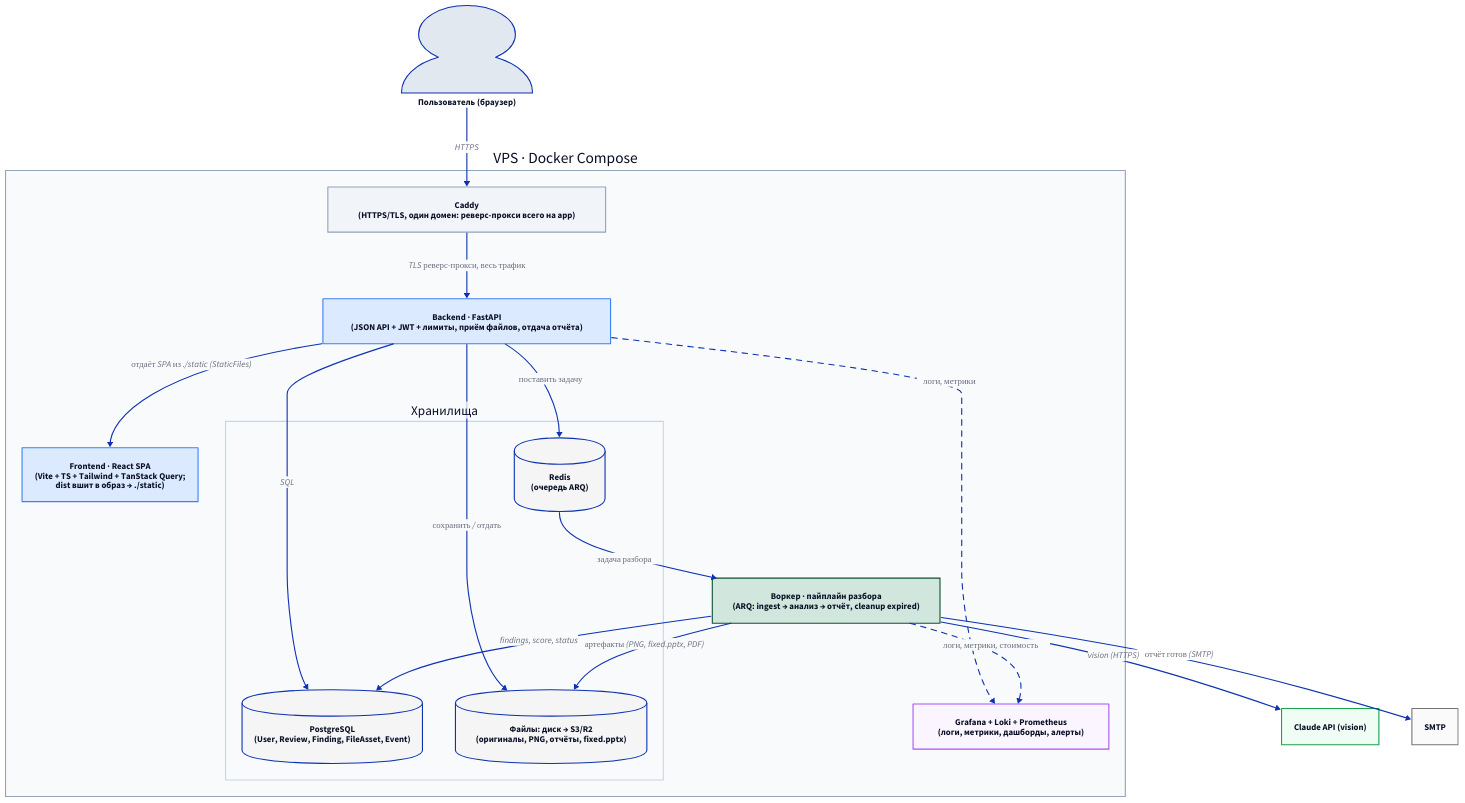
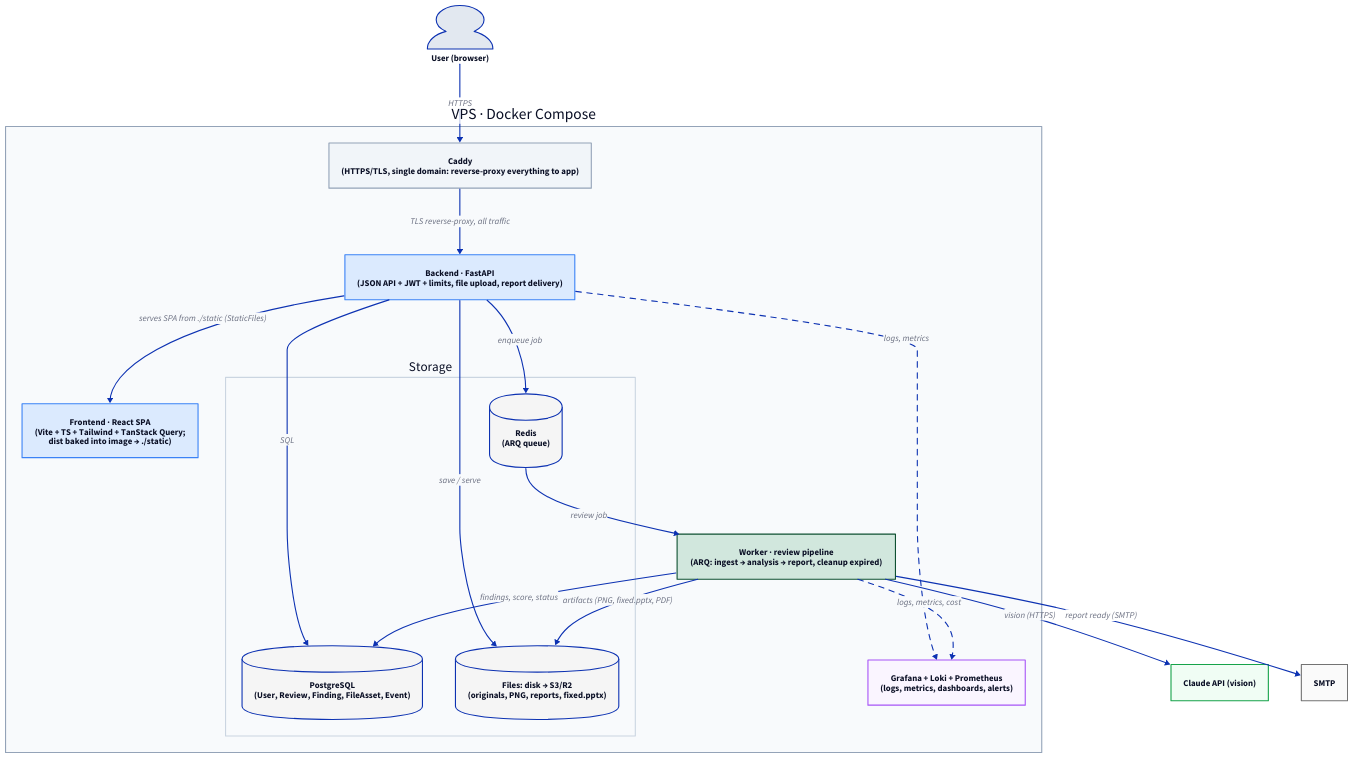
The diagram in docs/diagrams/c2_container.d2 (SlideLens/Achitecture), drawn with D2 before and after one commit. The commit also changed 24 other files, not shown here.

```diff
--- a/docs/diagrams/c2_container.d2
+++ b/docs/diagrams/c2_container.d2
@@ -1,83 +1,83 @@
 direction: down
 
 # =============================================================================
-# C2 — КОНТЕЙНЕРЫ SlideLens (VPS · Docker Compose · один домен Caddy)
+# C2 — CONTAINERS SlideLens (VPS · Docker Compose · single Caddy domain)
 # =============================================================================
 
-user: "Пользователь (браузер)" {
+user: "User (browser)" {
   shape: person
   style.fill: "#e2e8f0"
 }
 
 vps: "VPS · Docker Compose" {
   style.fill: "#f8fafc"
   style.stroke: "#94a3b8"
 
-  caddy: "Caddy\n(HTTPS/TLS, один домен: реверс-прокси всего на app)" {
+  caddy: "Caddy\n(HTTPS/TLS, single domain: reverse-proxy everything to app)" {
     style.fill: "#f1f5f9"
     style.stroke: "#94a3b8"
   }
-  spa: "Frontend · React SPA\n(Vite + TS + Tailwind + TanStack Query;\ndist вшит в образ → ./static)" {
+  spa: "Frontend · React SPA\n(Vite + TS + Tailwind + TanStack Query;\ndist baked into image → ./static)" {
     style.fill: "#dbeafe"
     style.stroke: "#3b82f6"
   }
-  api: "Backend · FastAPI\n(JSON API + JWT + лимиты, приём файлов, отдача отчёта)" {
+  api: "Backend · FastAPI\n(JSON API + JWT + limits, file upload, report delivery)" {
     style.fill: "#dbeafe"
     style.stroke: "#3b82f6"
   }
-  worker: "Воркер · пайплайн разбора\n(ARQ: ingest → анализ → отчёт, cleanup expired)" {
+  worker: "Worker · review pipeline\n(ARQ: ingest → analysis → report, cleanup expired)" {
     style.fill: "#d1e7dd"
     style.stroke: "#0f5132"
   }
 
-  data: "Хранилища" {
+  data: "Storage" {
     style.fill: "#f8fafc"
     style.stroke: "#cbd5e1"
 
     db: "PostgreSQL\n(User, Review, Finding, FileAsset, Event)" {
       shape: cylinder
       style.fill: "#f5f5f5"
     }
-    redis: "Redis\n(очередь ARQ)" {
+    redis: "Redis\n(ARQ queue)" {
       shape: cylinder
       style.fill: "#f5f5f5"
     }
-    files: "Файлы: диск → S3/R2\n(оригиналы, PNG, отчёты, fixed.pptx)" {
+    files: "Files: disk → S3/R2\n(originals, PNG, reports, fixed.pptx)" {
       shape: cylinder
       style.fill: "#f5f5f5"
     }
   }
 
-  glp: "Grafana + Loki + Prometheus\n(логи, метрики, дашборды, алерты)" {
+  glp: "Grafana + Loki + Prometheus\n(logs, metrics, dashboards, alerts)" {
     style.fill: "#faf5ff"
     style.stroke: "#a855f7"
   }
 }
 
 vlm: "Claude API (vision)" {
   style.fill: "#f0fdf4"
   style.stroke: "#16a34a"
 }
 email: "SMTP" {
   style.fill: "#fafafa"
   style.stroke: "#737373"
 }
 
-# --- Потоки ---
+# --- Flows ---
 user -> vps.caddy: "HTTPS"
-vps.caddy -> vps.api: "TLS реверс-прокси, весь трафик"
-vps.api -> vps.spa: "отдаёт SPA из ./static (StaticFiles)"
+vps.caddy -> vps.api: "TLS reverse-proxy, all traffic"
+vps.api -> vps.spa: "serves SPA from ./static (StaticFiles)"
 vps.api -> vps.data.db: "SQL"
-vps.api -> vps.data.redis: "поставить задачу"
-vps.api -> vps.data.files: "сохранить / отдать"
-vps.data.redis -> vps.worker: "задача разбора"
+vps.api -> vps.data.redis: "enqueue job"
+vps.api -> vps.data.files: "save / serve"
+vps.data.redis -> vps.worker: "review job"
 vps.worker -> vlm: "vision (HTTPS)"
 vps.worker -> vps.data.db: "findings, score, status"
-vps.worker -> vps.data.files: "артефакты (PNG, fixed.pptx, PDF)"
-vps.worker -> email: "отчёт готов (SMTP)"
-vps.api -> vps.glp: "логи, метрики" {
+vps.worker -> vps.data.files: "artifacts (PNG, fixed.pptx, PDF)"
+vps.worker -> email: "report ready (SMTP)"
+vps.api -> vps.glp: "logs, metrics" {
   style.stroke-dash: 5
 }
-vps.worker -> vps.glp: "логи, метрики, стоимость" {
+vps.worker -> vps.glp: "logs, metrics, cost" {
   style.stroke-dash: 5
 }
```
